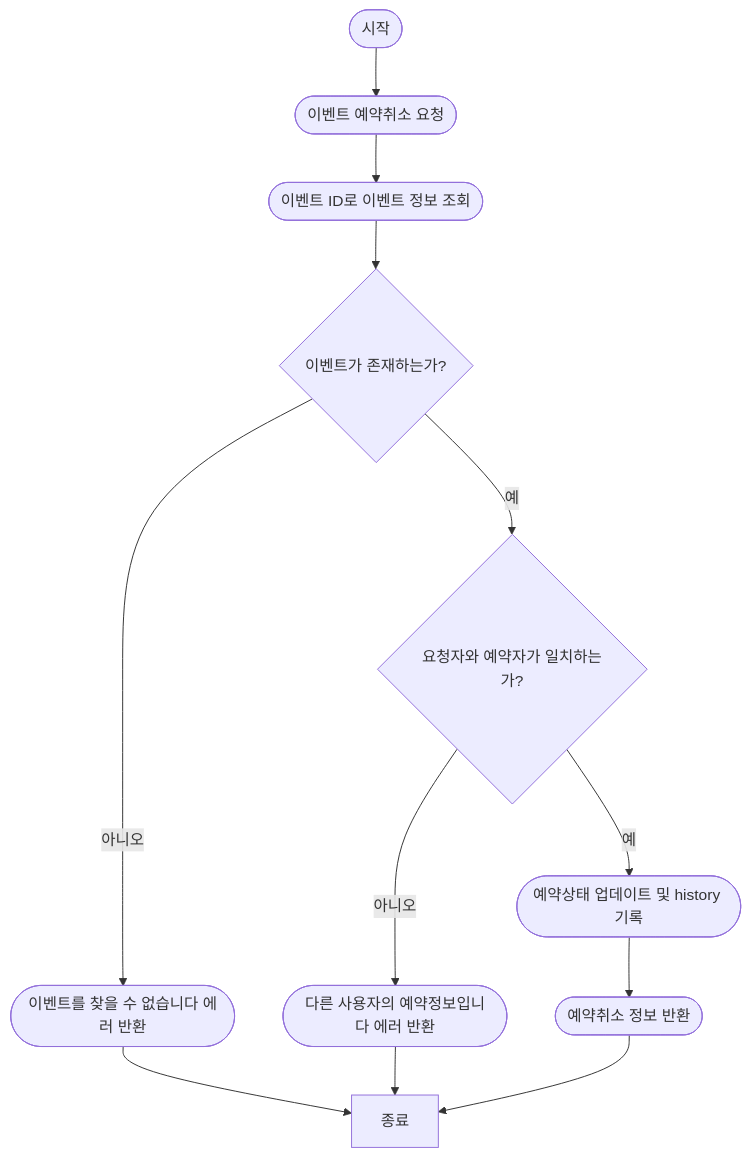
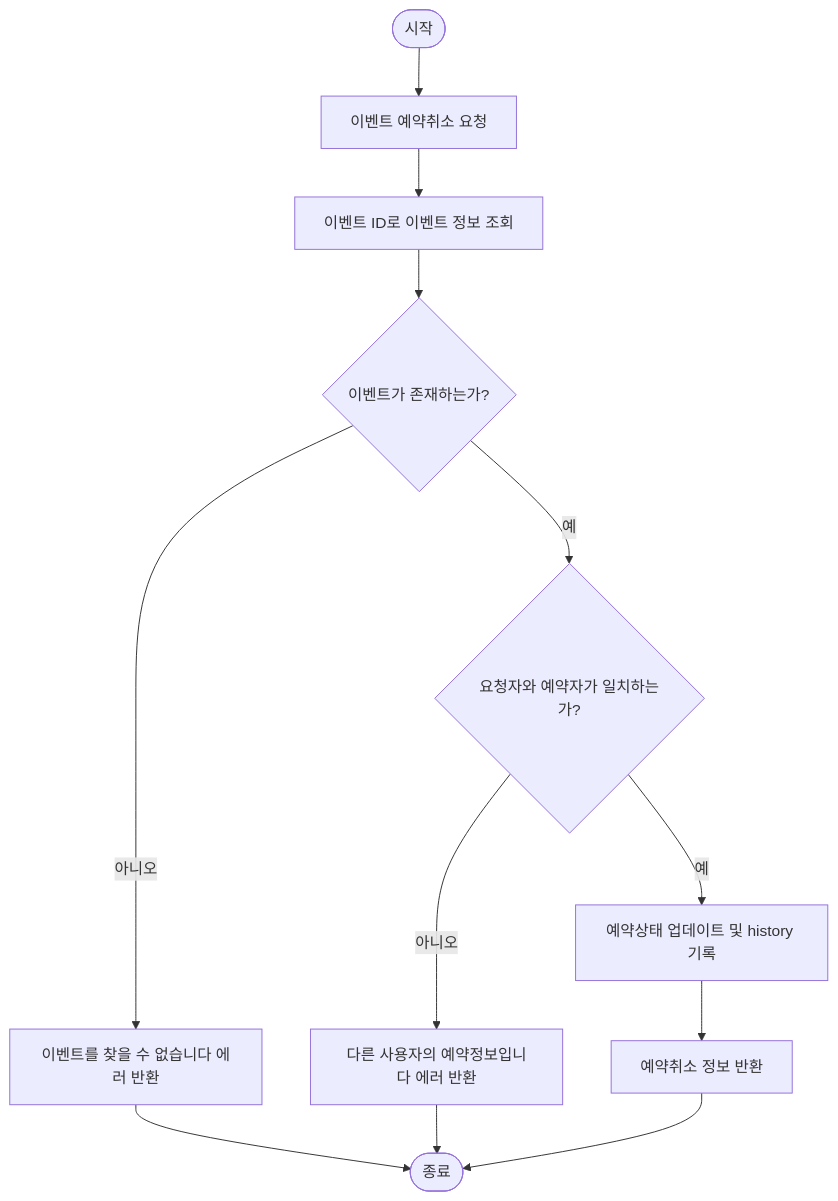
One commit to mozziroom/mozziroom-backend changed the fourth of 4 diagrams in docs/flow-chart.md. Above: the diagram before and after it, drawn with Mermaid. The commit also changed other lines of this file, not shown here.

Commit message:
docs: flow-chart 수정
################
# <타입> : <제목> 의 형식으로 제목을 아래 공백줄에 작성
# 제목은 50자 이내 / (영어)대문자로 시작 / 변경사항이 "무엇"인지 명확히 작성 / 끝에 마침표 금지
# 예) ✨ feat : 로그인 기능 추가

# 바로 아래 공백은 지우지 마세요 (제목과 본문의 분리 위해)

################
# 본문(구체적인 내용)을 아랫줄에 작성
# 여러 줄의 메시지를 작성할 땐 "-"로 구분 (한 줄은 72자 이내)

################
# 꼬릿말(footer)을 아랫줄에 작성 (현재 커밋과 관련된 이슈 번호 추가 등)
# 예) Close #7

################
# ✨ feat: 새로운 기능 추가
# 🐛 fix:	버그 수정
# 📝 docs: 문서 수정
# 💄 style:	코드 포맷 변경, 스타일 수정
# ♻️ refactor: 리팩토링
# ✅ test: 테스트 코드/수정
# 🛠️ chore: 빌드 수정, 패키지 매니저 수정
################

````diff
--- a/docs/flow-chart.md
+++ b/docs/flow-chart.md
@@ -63,14 +63,14 @@
 ```mermaid
 flowchart TD
-    시작([시작]) --> 요청([이벤트 예약취소 요청])
-    요청 --> 이벤트조회([이벤트 ID로 이벤트 정보 조회])
+    시작([시작]) --> 요청[이벤트 예약취소 요청]
+    요청 --> 이벤트조회[이벤트 ID로 이벤트 정보 조회]
     이벤트조회 --> 이벤트존재확인{이벤트가 존재하는가?}
-    이벤트존재확인 -- 아니오 --> 이벤트에러반환(["이벤트를 찾을 수 없습니다" 에러 반환])
+    이벤트존재확인 -- 아니오 --> 이벤트에러반환["이벤트를 찾을 수 없습니다" 에러 반환]
     이벤트존재확인 -- 예 --> 이벤트예약확인{요청자와 예약자가 일치하는가?}
-    이벤트예약확인 -- 아니오 --> 예약에러반환(["다른 사용자의 예약정보입니다" 에러 반환])
-    이벤트예약확인 -- 예 --> 이벤트예약취소([예약상태 업데이트 및 history 기록])
-    이벤트예약취소 --> 예약취소정보반환([예약취소 정보 반환])
-    예약취소정보반환 --> 종료
-    이벤트에러반환 --> 종료
-    예약에러반환 --> 종료
+    이벤트예약확인 -- 아니오 --> 예약에러반환["다른 사용자의 예약정보입니다" 에러 반환]
+    이벤트예약확인 -- 예 --> 이벤트예약취소[예약상태 업데이트 및 history 기록]
+    이벤트예약취소 --> 예약취소정보반환[예약취소 정보 반환]
+    예약취소정보반환 --> 종료([종료])
+    이벤트에러반환 --> 종료([종료])
+    예약에러반환 --> 종료([종료])
 ```
````
